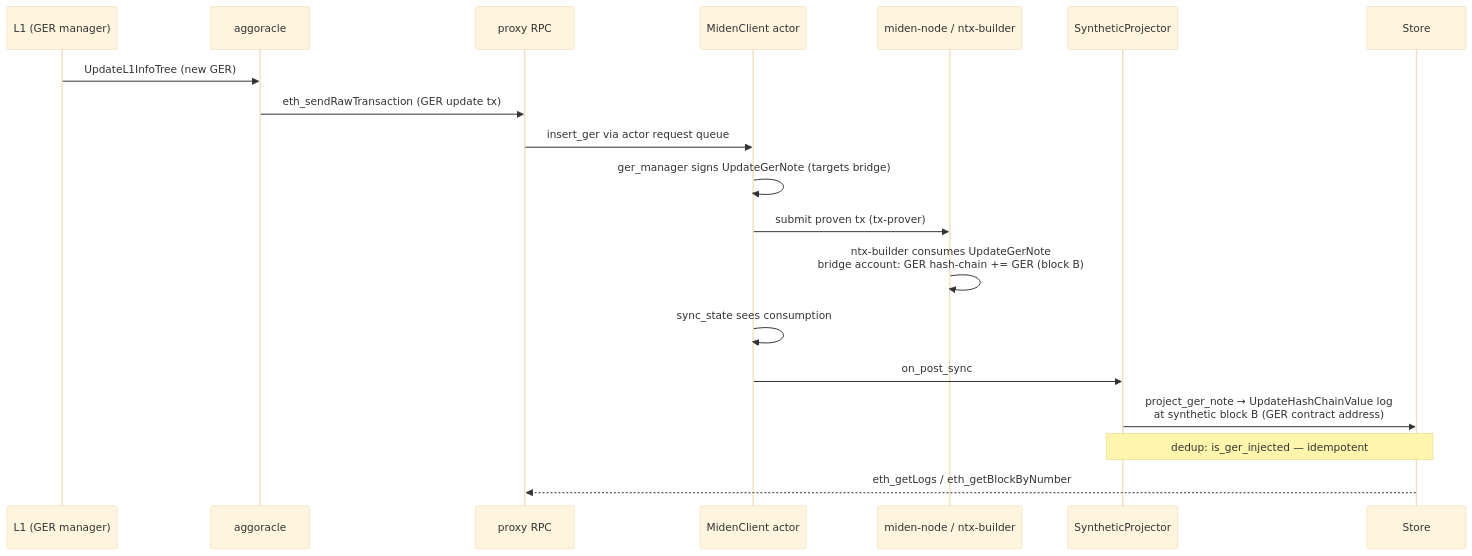
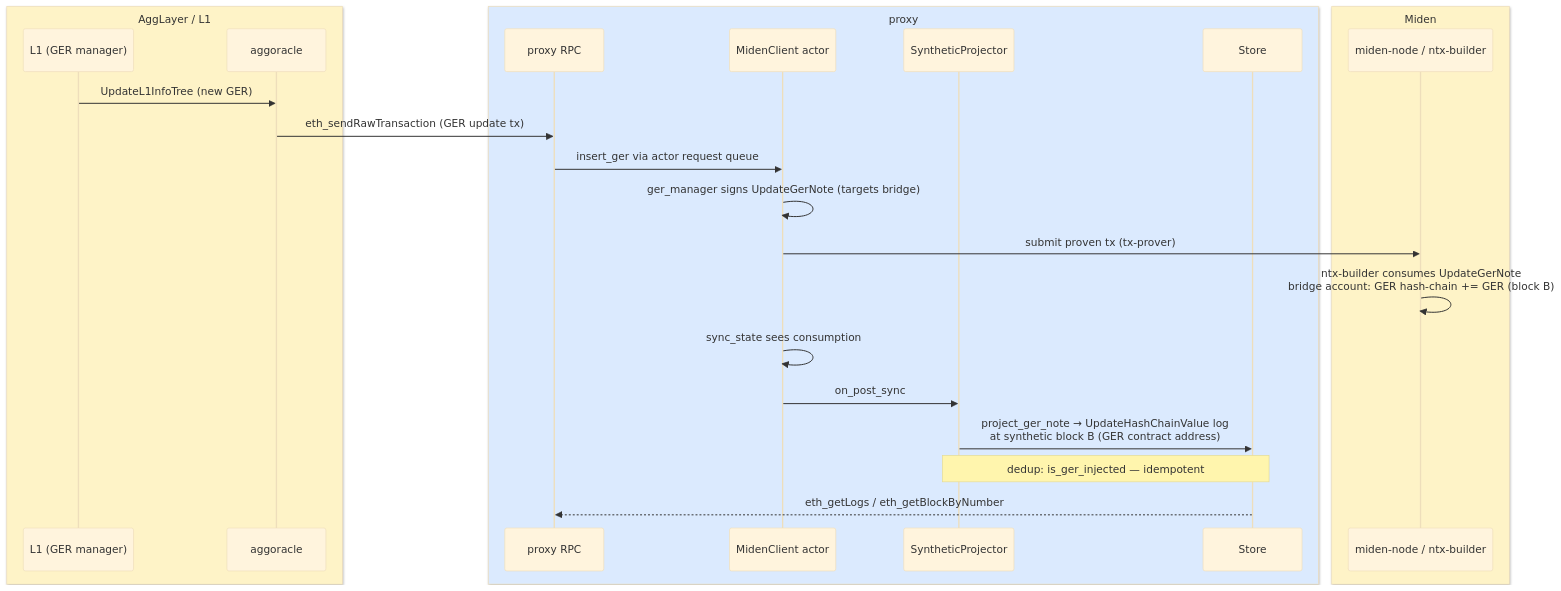
The second of 7 diagrams in docs/ARCHITECTURE.md (gateway-fm/miden-agglayer), drawn with Mermaid (base theme) before and after one commit. The commit also changed other lines of this file, not shown here.

Commit message:
docs: color-code sequence diagrams (box grouping: proxy=blue, external=amber)

````diff
--- a/docs/ARCHITECTURE.md
+++ b/docs/ARCHITECTURE.md
@@ -88,22 +88,28 @@
 ```mermaid
 sequenceDiagram
-    participant L1 as L1 (GER manager)
-    participant AO as aggoracle
-    participant RPC as proxy RPC
-    participant MC as MidenClient actor
-    participant N as miden-node / ntx-builder
-    participant SP as SyntheticProjector
-    participant ST as Store
+    box rgb(254,243,199) AggLayer / L1
+        participant L1 as L1 (GER manager)
+        participant AO as aggoracle
+    end
+    box rgb(219,234,254) proxy
+        participant RPC as proxy RPC
+        participant MC as MidenClient actor
+        participant SP as SyntheticProjector
+        participant ST as Store
+    end
+    box rgb(254,243,199) Miden
+        participant N as miden-node / ntx-builder
+    end
 
     L1->>AO: UpdateL1InfoTree (new GER)
     AO->>RPC: eth_sendRawTransaction (GER update tx)
     RPC->>MC: insert_ger via actor request queue
     MC->>MC: ger_manager signs UpdateGerNote (targets bridge)
     MC->>N: submit proven tx (tx-prover)
     N->>N: ntx-builder consumes UpdateGerNote<br/>bridge account: GER hash-chain += GER (block B)
     MC->>MC: sync_state sees consumption
     MC->>SP: on_post_sync
     SP->>ST: project_ger_note → UpdateHashChainValue log<br/>at synthetic block B (GER contract address)
     Note over SP,ST: dedup: is_ger_injected — idempotent
     ST-->>RPC: eth_getLogs / eth_getBlockByNumber
 ```
````
